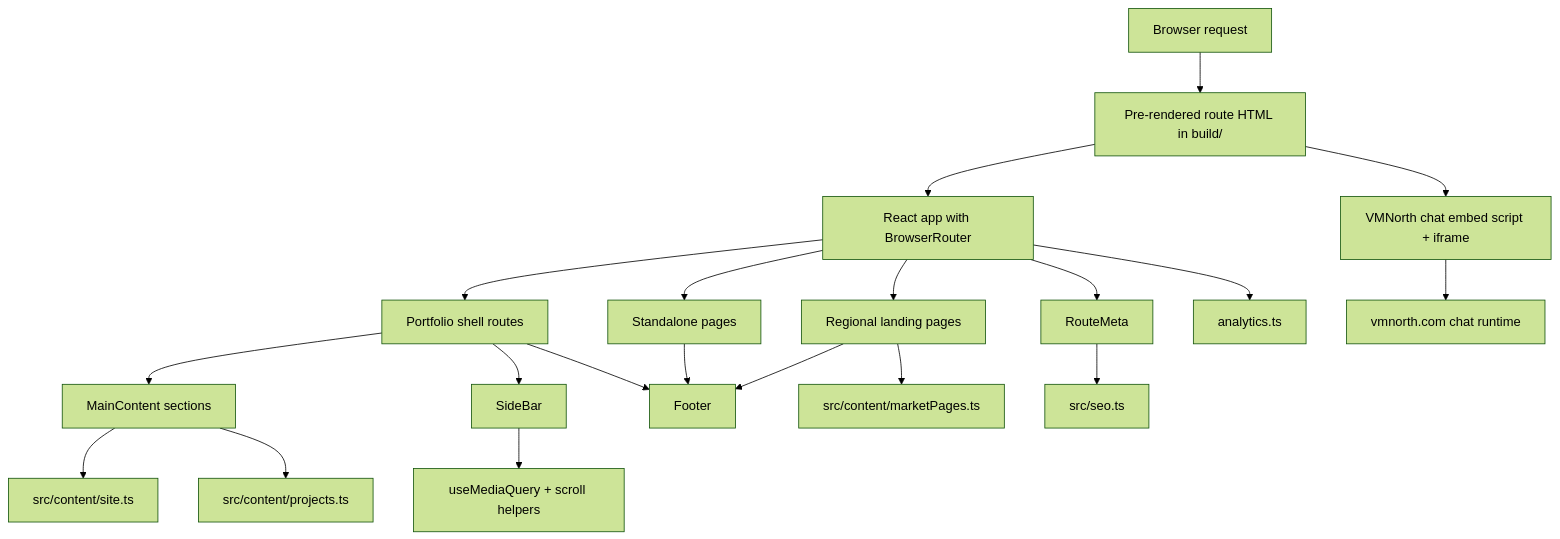
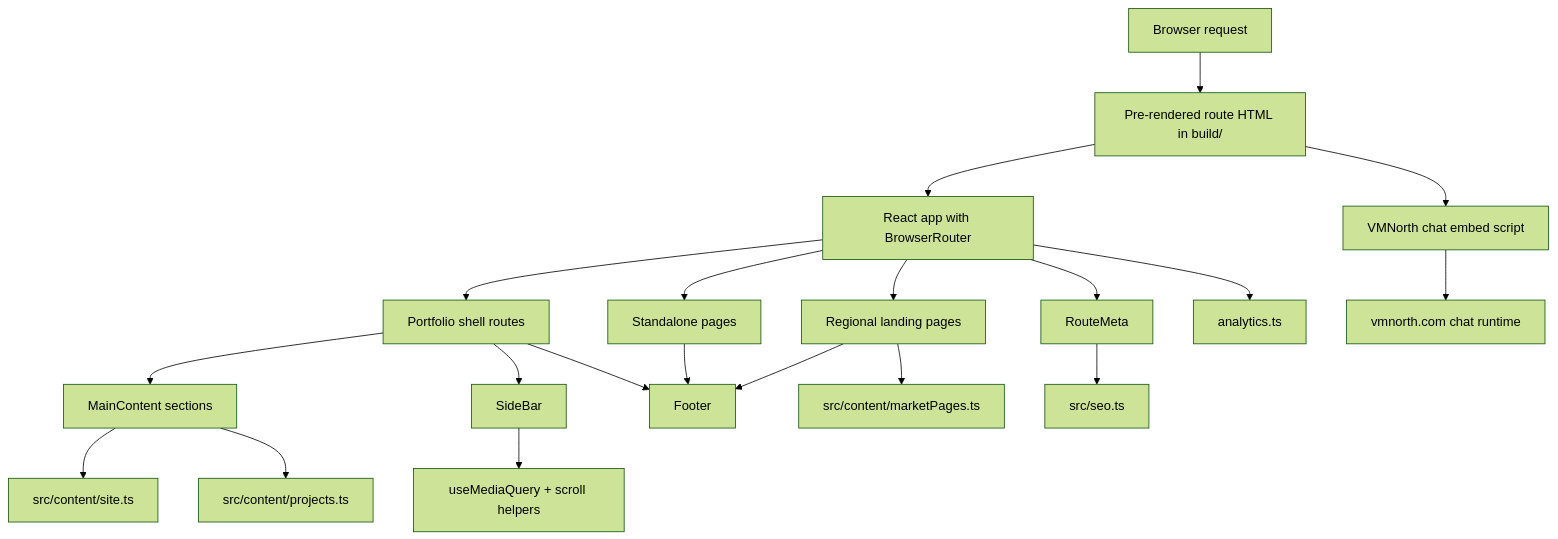
One commit to WenziLikes/Portfolio changed the diagram in docs/architecture.md. Above: the diagram before and after it, drawn with Mermaid (forest theme). The commit also changed other lines of this file and 16 other files, not shown here.

````diff
--- a/docs/architecture.md
+++ b/docs/architecture.md
@@ -21,22 +21,22 @@
 ```mermaid
 flowchart TD
     A["Browser request"] --> B["Pre-rendered route HTML in build/"]
     B --> C["React app with BrowserRouter"]
     C --> D["Portfolio shell routes"]
     C --> E["Standalone pages"]
     C --> F["Regional landing pages"]
     D --> G["MainContent sections"]
     D --> H["SideBar"]
     D --> I["Footer"]
     E --> I
     F --> I
     C --> J["RouteMeta"]
     G --> K["src/content/site.ts"]
     G --> L["src/content/projects.ts"]
     F --> M["src/content/marketPages.ts"]
     J --> N["src/seo.ts"]
     H --> O["useMediaQuery + scroll helpers"]
     C --> P["analytics.ts"]
-    B --> Q["VMNorth chat embed script + iframe"]
+    B --> Q["VMNorth chat embed script"]
     Q --> R["vmnorth.com chat runtime"]
 ```
````
